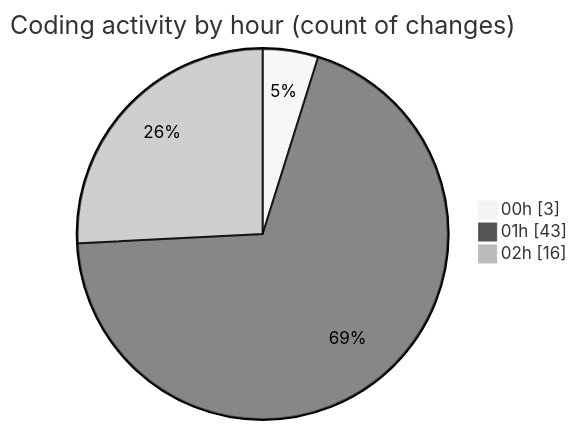
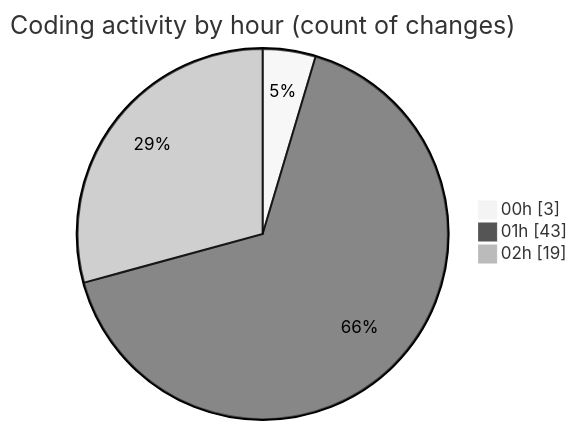
The second of 2 diagrams in 2025-10-02/oura-api/README.md (mevix1/code-tracking), drawn with Mermaid (neutral theme) before and after one commit. The commit also changed other lines of this file and 1 other file, not shown here.

````diff
--- a/2025-10-02/oura-api/README.md
+++ b/2025-10-02/oura-api/README.md
@@ -79,7 +82,7 @@
 ```mermaid
 pie showData
 title Coding activity by hour (count of changes)
 "00h" : 3
 "01h" : 43
-"02h" : 16
+"02h" : 19
 ```
````
